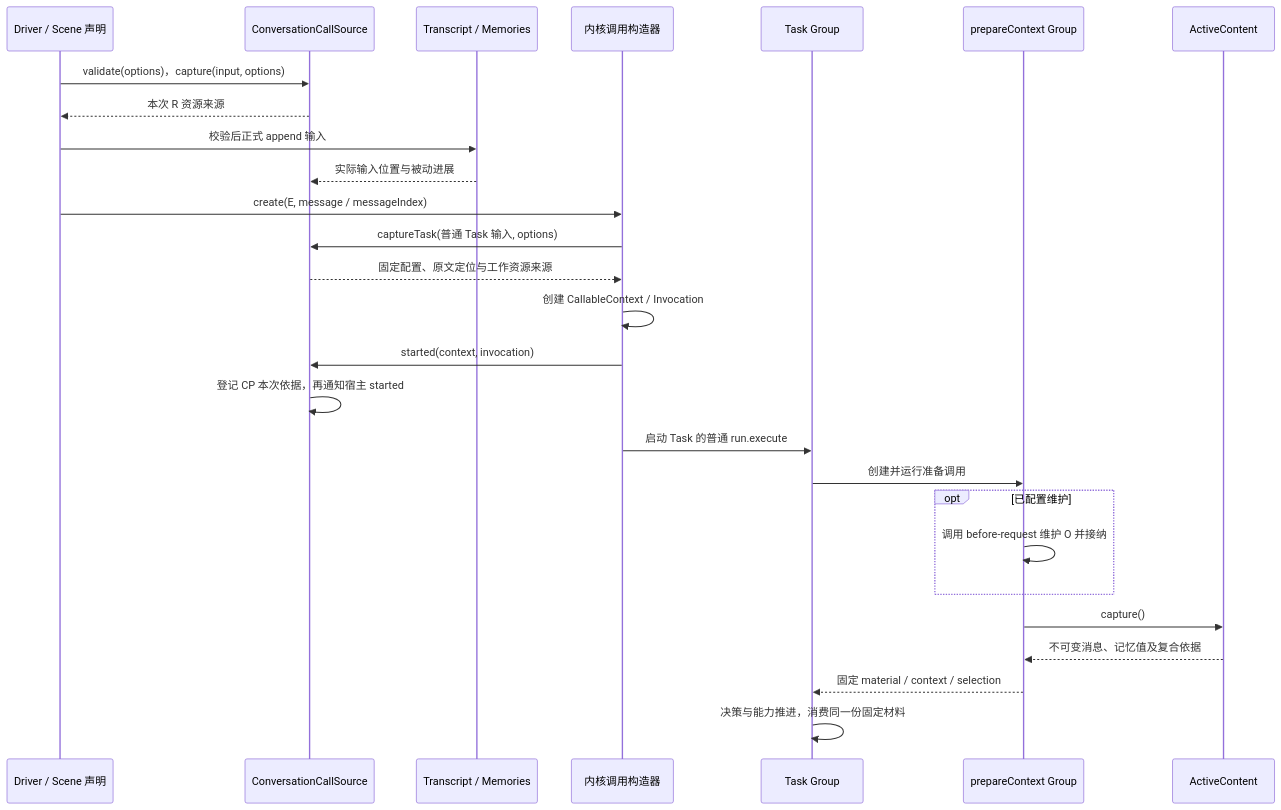
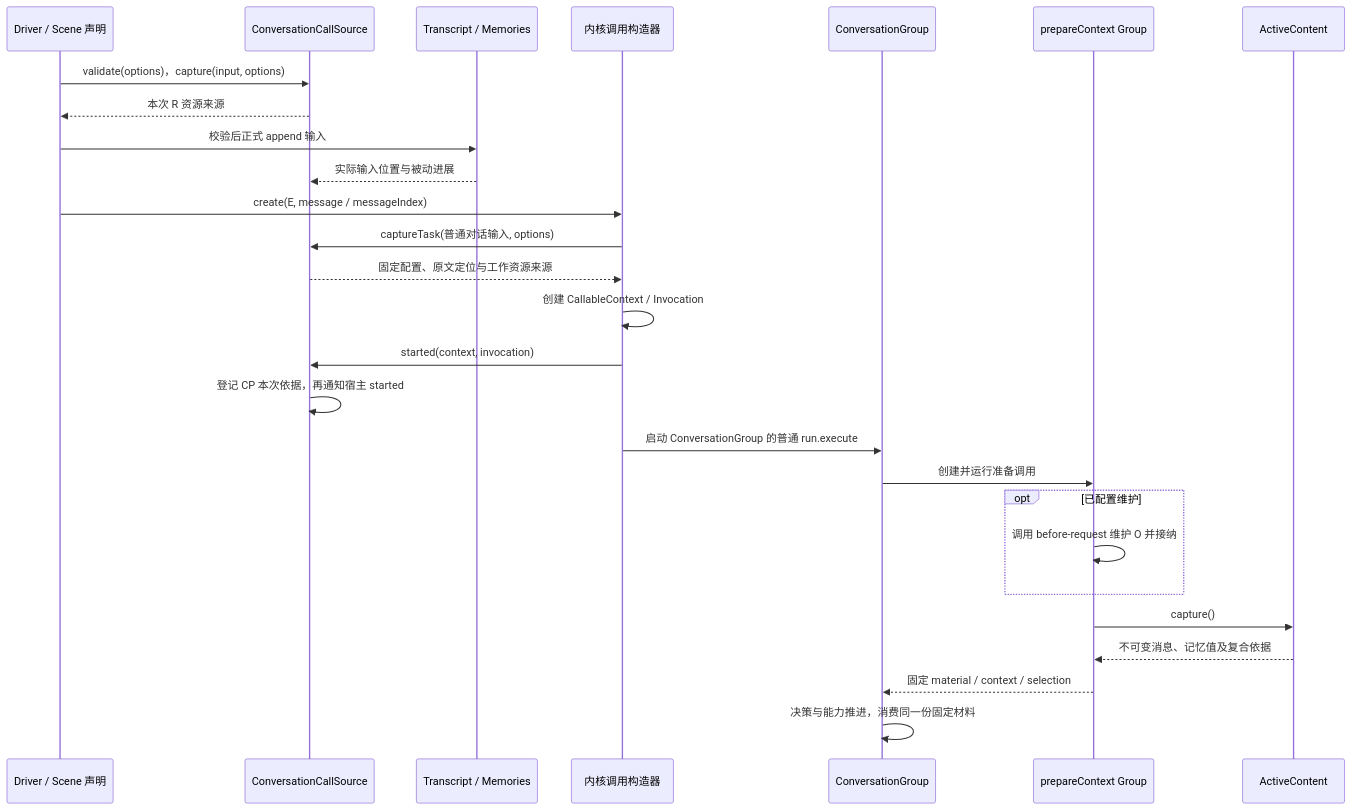
Before and after one commit to weiliang0121/capix: the second of 2 diagrams in docs/service-assembly.md, drawn with Mermaid. The commit also changed other lines of this file and 145 other files, not shown here.

````diff
--- a/docs/service-assembly.md
+++ b/docs/service-assembly.md
@@ -81,29 +81,29 @@
 ```mermaid
 sequenceDiagram
     participant R as Driver / Scene 声明
     participant Source as ConversationCallSource
     participant Entity as Transcript / Memories
     participant Build as 内核调用构造器
-    participant E as Task Group
+    participant E as ConversationGroup
     participant Prep as prepareContext Group
     participant Active as ActiveContent
     R->>Source: validate(options)，capture(input, options)
     Source-->>R: 本次 R 资源来源
     R->>Entity: 校验后正式 append 输入
     Entity-->>Source: 实际输入位置与被动进展
     R->>Build: create(E, message / messageIndex)
-    Build->>Source: captureTask(普通 Task 输入, options)
+    Build->>Source: captureTask(普通对话输入, options)
     Source-->>Build: 固定配置、原文定位与工作资源来源
     Build->>Build: 创建 CallableContext / Invocation
     Build->>Source: started(context, invocation)
     Source->>Source: 登记 CP 本次依据，再通知宿主 started
-    Build->>E: 启动 Task 的普通 run.execute
+    Build->>E: 启动 ConversationGroup 的普通 run.execute
     E->>Prep: 创建并运行准备调用
     opt 已配置维护
         Prep->>Prep: 调用 before-request 维护 O 并接纳
     end
     Prep->>Active: capture()
     Active-->>Prep: 不可变消息、记忆值及复合依据
     Prep-->>E: 固定 material / context / selection
     E->>E: 决策与能力推进，消费同一份固定材料
 ```
````
